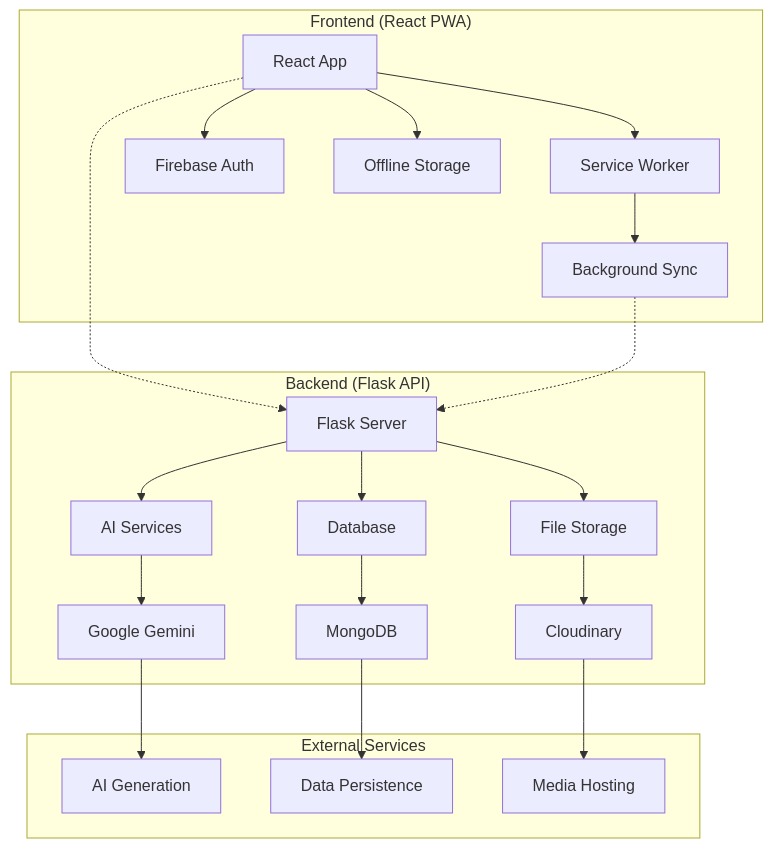
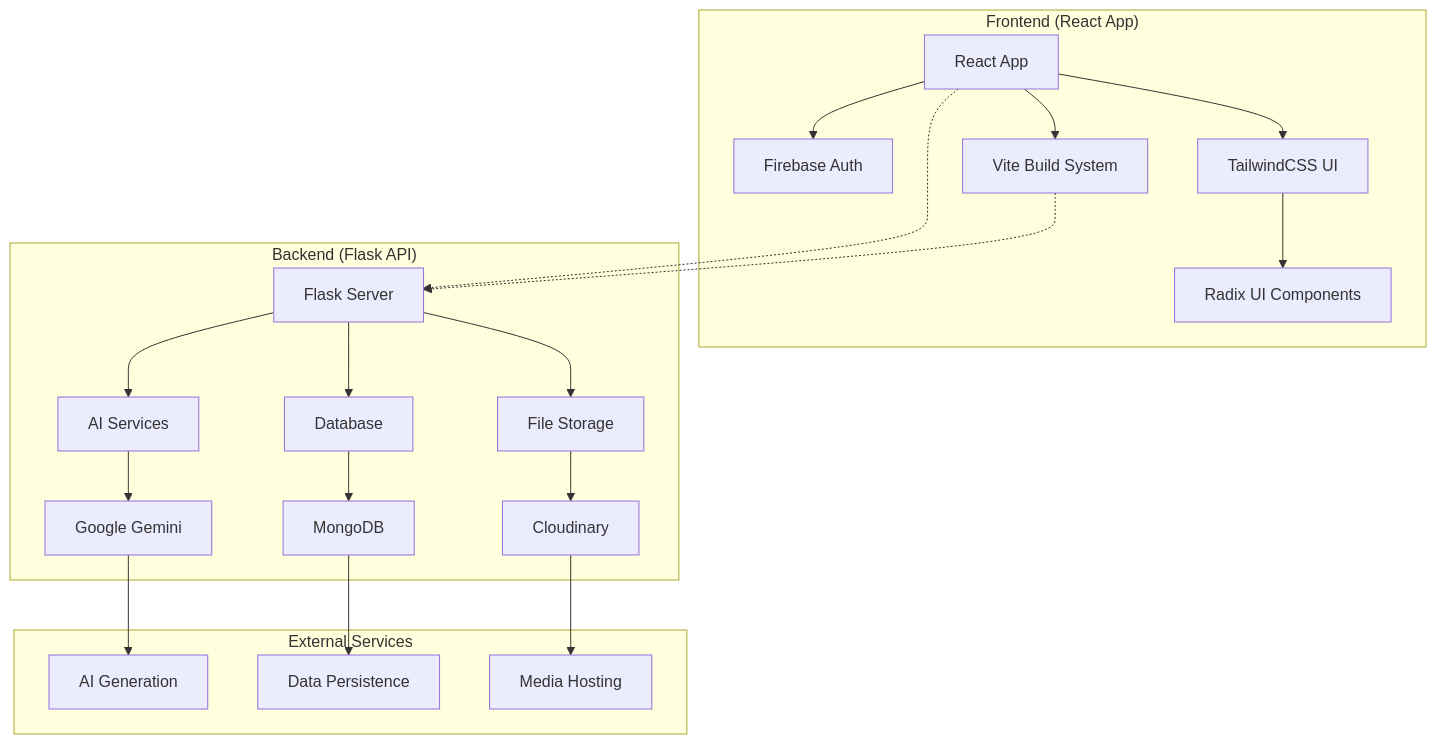
Before and after one commit to tanish-jain-225/edvanta: the diagram in README.md, drawn with Mermaid. The commit also changed other lines of this file and 2 other files, not shown here.

````diff
--- a/README.md
+++ b/README.md
@@ -34,27 +35,27 @@
 ```mermaid
 graph TB
-    subgraph "Frontend (React PWA)"
-        A[React App] --> B[Service Worker]
-        A --> C[Firebase Auth]
-        A --> D[Offline Storage]
-        B --> E[Background Sync]
+    subgraph "Frontend (React App)"
+        A[React App] --> B[Firebase Auth]
+        A --> C[TailwindCSS UI]
+        A --> D[Vite Build System]
+        C --> E[Radix UI Components]
     end
     
     subgraph "Backend (Flask API)"
         F[Flask Server] --> G[AI Services]
         F --> H[Database]
         F --> I[File Storage]
         G --> J[Google Gemini]
         H --> K[MongoDB]
         I --> L[Cloudinary]
     end
     
     subgraph "External Services"
         J --> M[AI Generation]
         K --> N[Data Persistence]
         L --> O[Media Hosting]
     end
     
     A -.-> F
-    E -.-> F
+    D -.-> F
 ```
````
